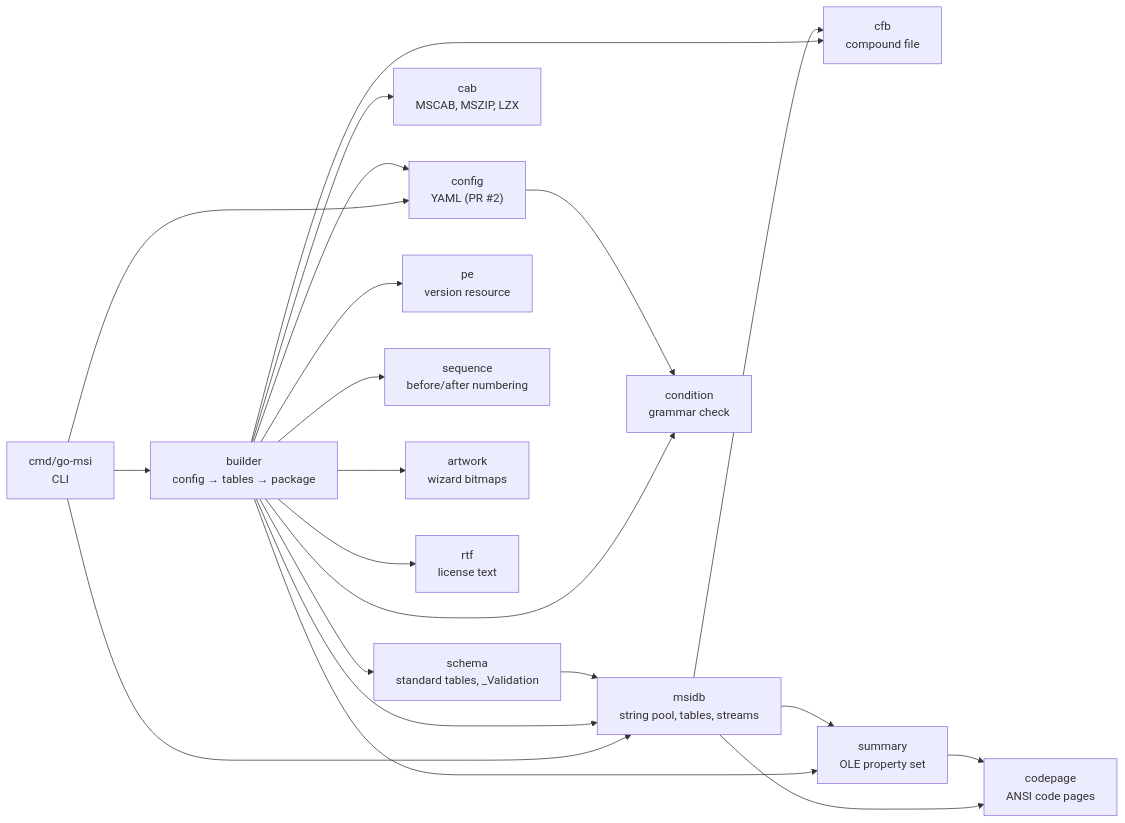
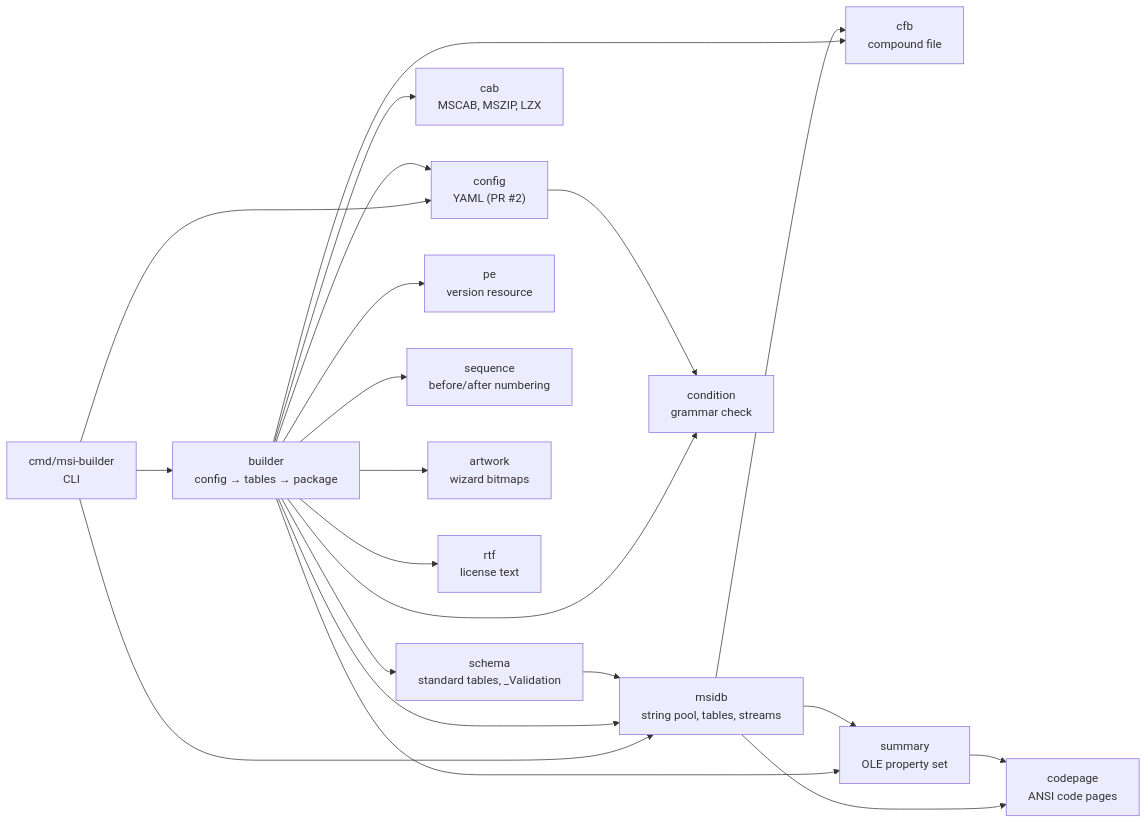
One commit to jkroepke/go-msi changed the diagram in docs/design/architecture.md. Above: the diagram before and after it, drawn with Mermaid. The commit also changed other lines of this file and 171 other files, not shown here.

First line of the commit message:
feat: rename the project from go-msi to msi-builder

````diff
--- a/docs/design/architecture.md
+++ b/docs/design/architecture.md
@@ -25,31 +25,31 @@
 ```mermaid
 flowchart LR
-    cmd["cmd/go-msi<br/>CLI"] --> builder
+    cmd["cmd/msi-builder<br/>CLI"] --> builder
     cmd --> config
     cmd --> msidb
     builder["builder<br/>config → tables → package"] --> config
     builder --> msidb
     builder --> cab
     builder --> cfb
     builder --> schema
     builder --> pe
     builder --> condition
     builder --> sequence
     builder --> summary
     builder --> artwork
     builder --> rtf
     msidb["msidb<br/>string pool, tables, streams"] --> cfb
     msidb --> summary
     msidb --> codepage
     summary["summary<br/>OLE property set"] --> codepage
     codepage["codepage<br/>ANSI code pages"]
     artwork["artwork<br/>wizard bitmaps"]
     rtf["rtf<br/>license text"]
     cfb["cfb<br/>compound file"]
     cab["cab<br/>MSCAB, MSZIP, LZX"]
     schema["schema<br/>standard tables, _Validation"] --> msidb
     pe["pe<br/>version resource"]
     condition["condition<br/>grammar check"]
     sequence["sequence<br/>before/after numbering"]
     config["config<br/>YAML (PR #2)"] --> condition
 ```
````
